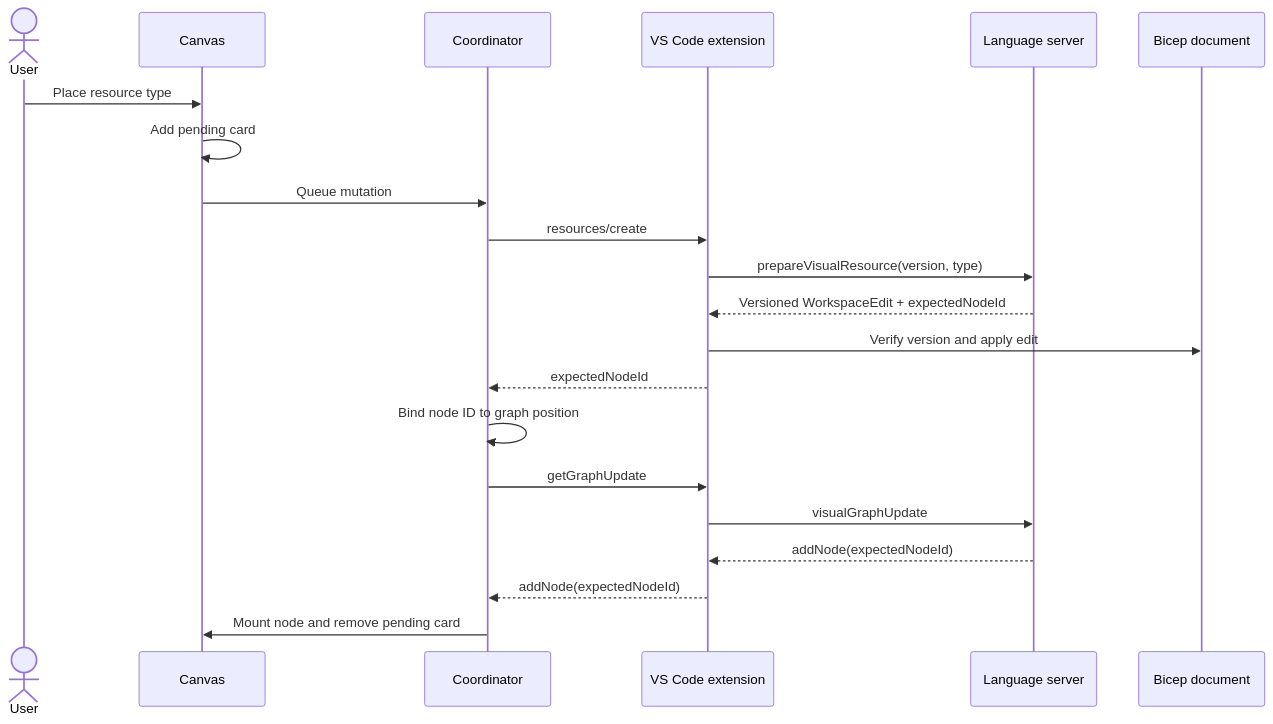
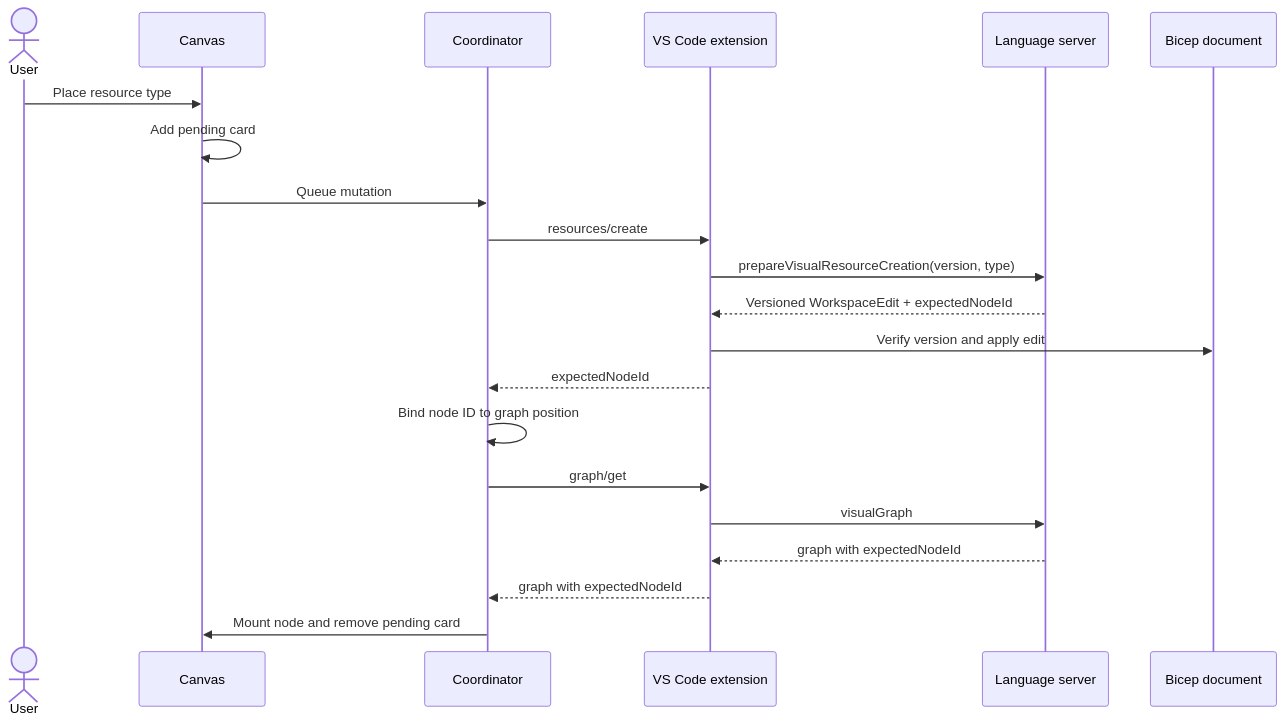
One commit to Azure/bicep changed the second of 2 diagrams in src/vscode-bicep-ui/apps/visual-designer/docs/architecture.md. Above: the diagram before and after it, drawn with Mermaid. The commit also changed other lines of this file and 87 other files, not shown here.

````diff
--- a/src/vscode-bicep-ui/apps/visual-designer/docs/architecture.md
+++ b/src/vscode-bicep-ui/apps/visual-designer/docs/architecture.md
@@ -267,24 +260,24 @@
 ```mermaid
 sequenceDiagram
     actor User
     participant Canvas
     participant Coordinator
     participant Ext as VS Code extension
     participant LS as Language server
     participant Doc as Bicep document
 
     User->>Canvas: Place resource type
     Canvas->>Canvas: Add pending card
     Canvas->>Coordinator: Queue mutation
     Coordinator->>Ext: resources/create
-    Ext->>LS: prepareVisualResource(version, type)
+    Ext->>LS: prepareVisualResourceCreation(version, type)
     LS-->>Ext: Versioned WorkspaceEdit + expectedNodeId
     Ext->>Doc: Verify version and apply edit
     Ext-->>Coordinator: expectedNodeId
     Coordinator->>Coordinator: Bind node ID to graph position
-    Coordinator->>Ext: getGraphUpdate
-    Ext->>LS: visualGraphUpdate
-    LS-->>Ext: addNode(expectedNodeId)
-    Ext-->>Coordinator: addNode(expectedNodeId)
+    Coordinator->>Ext: graph/get
+    Ext->>LS: visualGraph
+    LS-->>Ext: graph with expectedNodeId
+    Ext-->>Coordinator: graph with expectedNodeId
     Coordinator->>Canvas: Mount node and remove pending card
 ```
````
